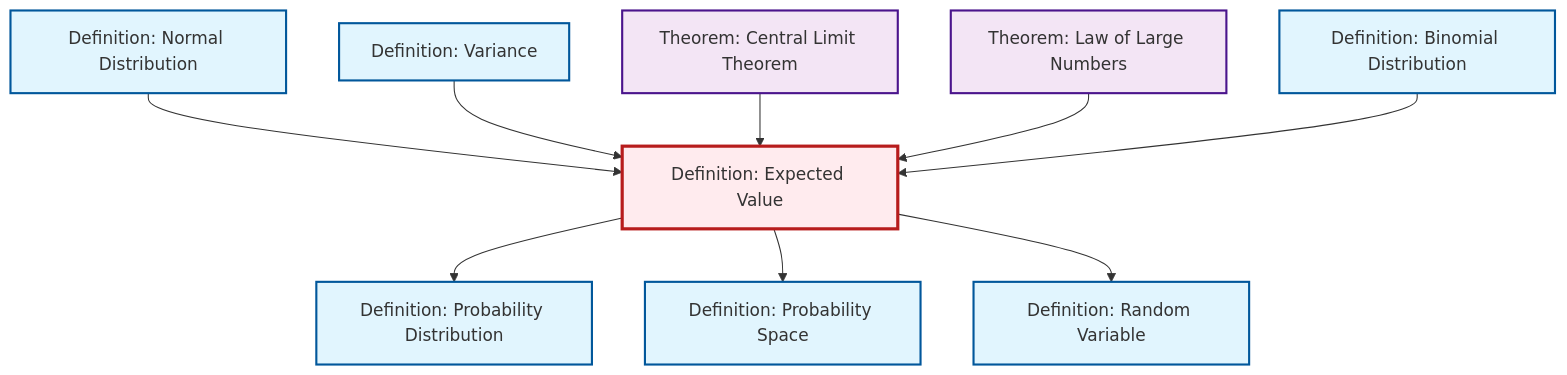
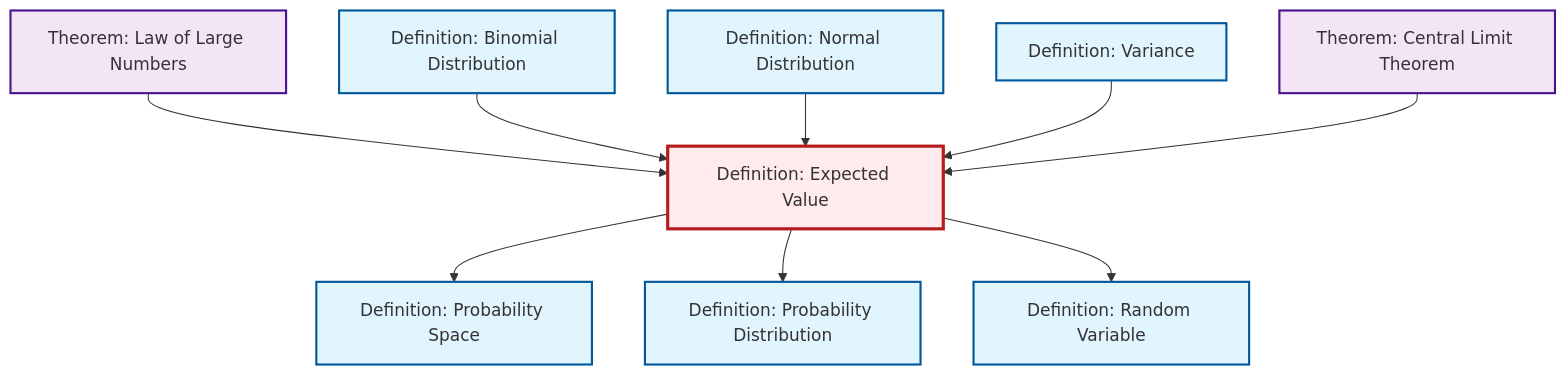
Before and after one commit to RK0429/ModernMath: the second of 2 diagrams in content/en/probability-statistics/def-expectation.qmd, drawn with Mermaid. The commit also changed other lines of this file and 1069 other files, not shown here.

````diff
--- a/content/en/probability-statistics/def-expectation.qmd
+++ b/content/en/probability-statistics/def-expectation.qmd
@@ -87,35 +87,35 @@
 ```{mermaid}
 %%| fig-cap: "Local dependency graph"
 graph TD
     classDef definition fill:#e1f5fe,stroke:#01579b,stroke-width:2px
     classDef theorem fill:#f3e5f5,stroke:#4a148c,stroke-width:2px
     classDef axiom fill:#fff3e0,stroke:#e65100,stroke-width:2px
     classDef example fill:#e8f5e9,stroke:#1b5e20,stroke-width:2px
     classDef current fill:#ffebee,stroke:#b71c1c,stroke-width:3px
     def-expectation["Definition: Expected Value"]:::definition
+    thm-central-limit["Theorem: Central Limit Theorem"]:::theorem
     def-binomial-distribution["Definition: Binomial Distribution"]:::definition
+    def-random-variable["Definition: Random Variable"]:::definition
+    def-variance["Definition: Variance"]:::definition
+    def-probability-space["Definition: Probability Space"]:::definition
     thm-law-of-large-numbers["Theorem: Law of Large Numbers"]:::theorem
     def-probability-distribution["Definition: Probability Distribution"]:::definition
     def-normal-distribution["Definition: Normal Distribution"]:::definition
-    def-variance["Definition: Variance"]:::definition
-    def-random-variable["Definition: Random Variable"]:::definition
-    thm-central-limit["Theorem: Central Limit Theorem"]:::theorem
-    def-probability-space["Definition: Probability Space"]:::definition
-    def-expectation --> def-probability-distribution
+    thm-law-of-large-numbers --> def-expectation
+    def-expectation --> def-probability-space
+    def-binomial-distribution --> def-expectation
     def-normal-distribution --> def-expectation
     def-variance --> def-expectation
-    def-expectation --> def-probability-space
+    thm-central-limit --> def-expectation
+    def-expectation --> def-probability-distribution
     def-expectation --> def-random-variable
-    thm-central-limit --> def-expectation
-    thm-law-of-large-numbers --> def-expectation
-    def-binomial-distribution --> def-expectation
     class def-expectation current
+    click thm-central-limit "thm-central-limit.html" "Go to Central Limit Theorem theorem"
     click def-binomial-distribution "def-binomial-distribution.html" "Go to Binomial Distribution definition"
+    click def-random-variable "def-random-variable.html" "Go to Random Variable definition"
+    click def-variance "def-variance.html" "Go to Variance definition"
+    click def-probability-space "def-probability-space.html" "Go to Probability Space definition"
     click thm-law-of-large-numbers "thm-law-of-large-numbers.html" "Go to Law of Large Numbers theorem"
     click def-probability-distribution "def-probability-distribution.html" "Go to Probability Distribution definition"
     click def-normal-distribution "def-normal-distribution.html" "Go to Normal Distribution definition"
-    click def-variance "def-variance.html" "Go to Variance definition"
-    click def-random-variable "def-random-variable.html" "Go to Random Variable definition"
-    click thm-central-limit "thm-central-limit.html" "Go to Central Limit Theorem theorem"
-    click def-probability-space "def-probability-space.html" "Go to Probability Space definition"
 ```
````
